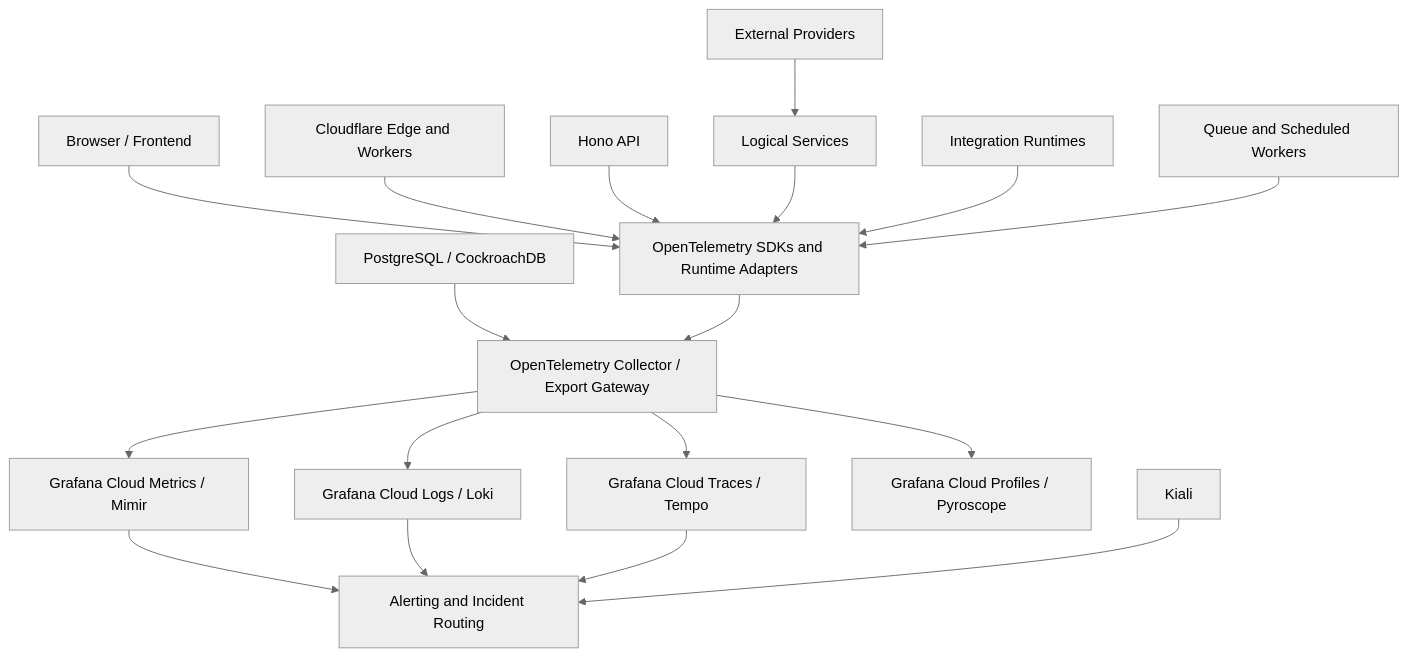
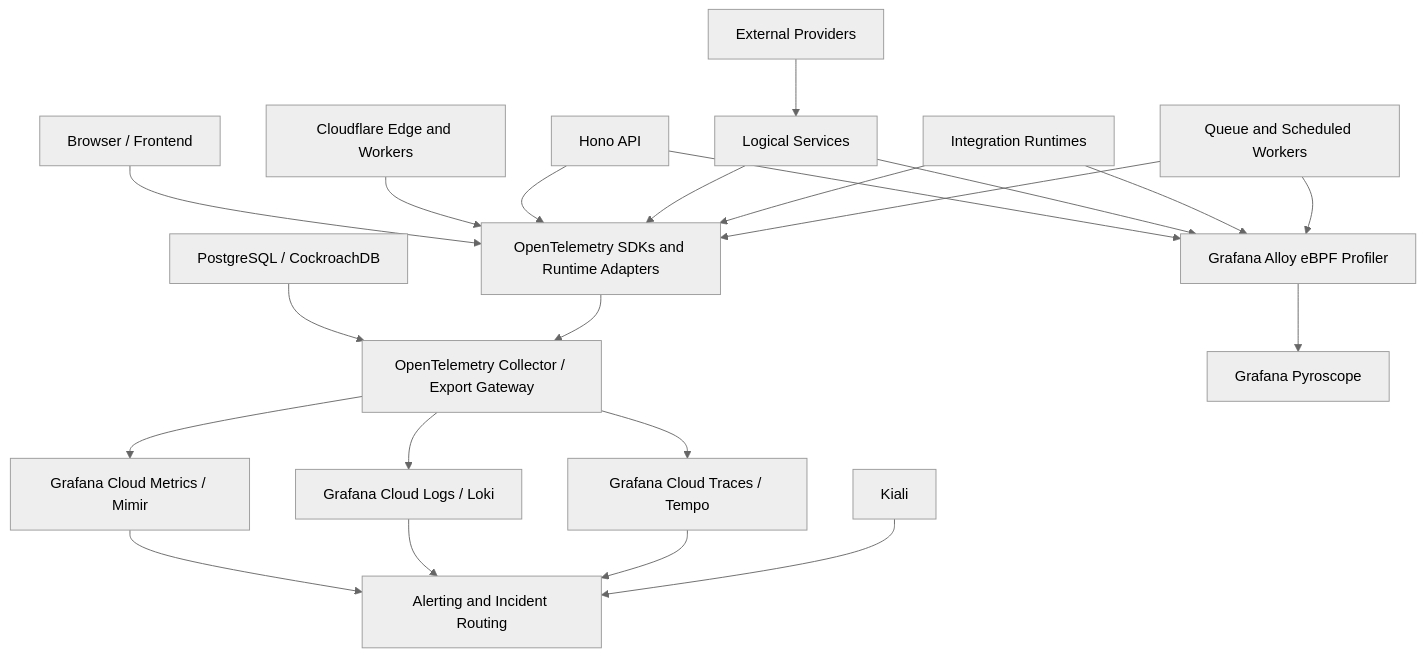
Before and after one commit to SinLess-Games/Aerealith: the first of 2 diagrams in docs/architecture/Observability Architecture.md, drawn with Mermaid (neutral theme). The commit also changed other lines of this file, not shown here.

Commit message:
docs(observability): model Alloy eBPF profiling explicitly

````diff
--- a/docs/architecture/Observability Architecture.md
+++ b/docs/architecture/Observability Architecture.md
@@ -428,41 +428,46 @@
 ```mermaid
 flowchart TD
   Browser["Browser / Frontend"]
   Edge["Cloudflare Edge and Workers"]
   API["Hono API"]
   Services["Logical Services"]
   Integrations["Integration Runtimes"]
   Workers["Queue and Scheduled Workers"]
   Database["PostgreSQL / CockroachDB"]
   Providers["External Providers"]
 
   SDK["OpenTelemetry SDKs and Runtime Adapters"]
   Collector["OpenTelemetry Collector / Export Gateway"]
 
   Mimir["Grafana Cloud Metrics / Mimir"]
   Loki["Grafana Cloud Logs / Loki"]
   Tempo["Grafana Cloud Traces / Tempo"]
-  Pyroscope["Grafana Cloud Profiles / Pyroscope"]
+  Alloy["Grafana Alloy eBPF Profiler"]
+  Pyroscope["Grafana Pyroscope"]
   Kiali["Kiali"]
   Alerts["Alerting and Incident Routing"]
 
   Browser --> SDK
   Edge --> SDK
   API --> SDK
   Services --> SDK
   Integrations --> SDK
   Workers --> SDK
   Database --> Collector
   Providers --> Services
 
   SDK --> Collector
   Collector --> Mimir
   Collector --> Loki
   Collector --> Tempo
-  Collector --> Pyroscope
+  API --> Alloy
+  Services --> Alloy
+  Integrations --> Alloy
+  Workers --> Alloy
+  Alloy --> Pyroscope
 
   Mimir --> Alerts
   Loki --> Alerts
   Tempo --> Alerts
   Kiali --> Alerts
 ```
````
